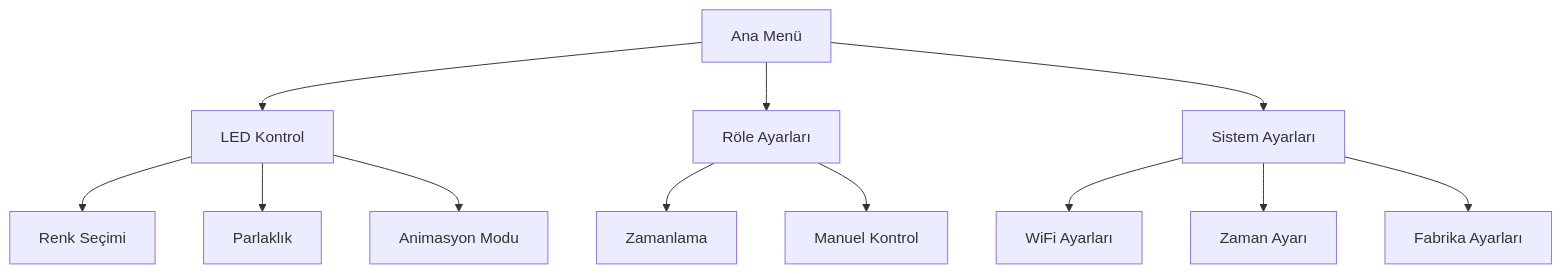
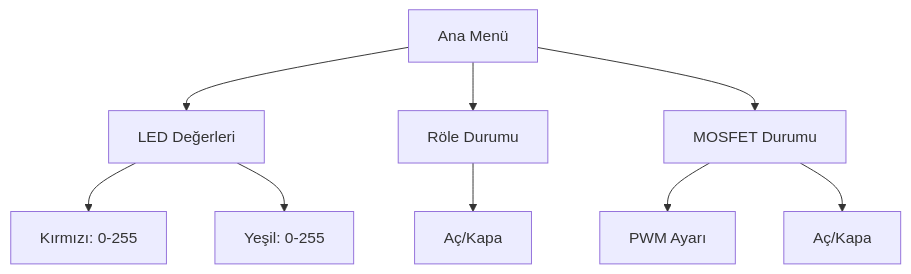
One commit to hamzadenizyilmaz/RGB-Control-System-with-ESP32-C6 changed the third of 3 diagrams in README.md. Above: the diagram before and after it, drawn with Mermaid. The commit also changed other lines of this file, not shown here.

````diff
--- a/README.md
+++ b/README.md
@@ -157,14 +125,11 @@
 ```mermaid
 graph TD;
-    A[Ana Menü] --> B[LED Kontrol];
-    A --> C[Röle Ayarları];
-    A --> D[Sistem Ayarları];
-    B --> B1[Renk Seçimi];
-    B --> B2[Parlaklık];
-    B --> B3[Animasyon Modu];
-    C --> C1[Zamanlama];
-    C --> C2[Manuel Kontrol];
-    D --> D1[WiFi Ayarları];
-    D --> D2[Zaman Ayarı];
-    D --> D3[Fabrika Ayarları];
+    A[Ana Menü] --> B[LED Değerleri];
+    A --> C[Röle Durumu];
+    A --> D[MOSFET Durumu];
+    B --> B1[Kırmızı: 0-255];
+    B --> B2[Yeşil: 0-255];
+    C --> C1[Aç/Kapa];
+    D --> D1[PWM Ayarı];
+    D --> D2[Aç/Kapa];
 ```
````
